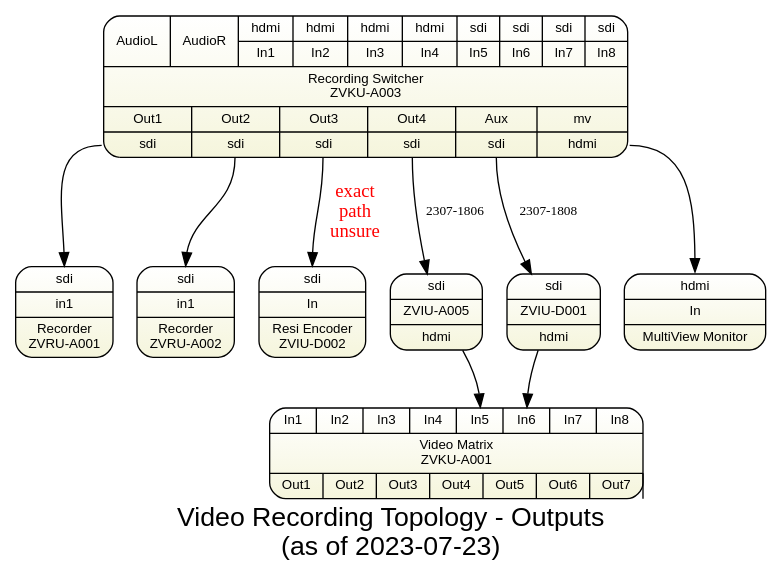
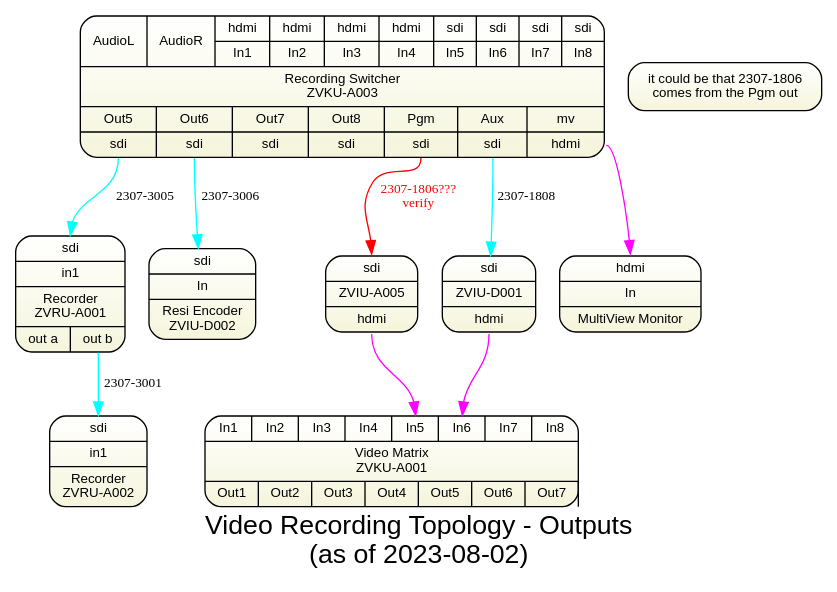
The diagram in sdv-topology5-rec-outputs.gv (avmaint/uactechdoc), drawn with Graphviz before and after one commit. The commit also changed 3 other files, not shown here.

```diff
--- a/sdv-topology5-rec-outputs.gv
+++ b/sdv-topology5-rec-outputs.gv
@@ -1,76 +1,93 @@
 digraph recording { 
-  
+	
 graph [overlap = true, fontsize = 20, 
-      label="Video Recording Topology - Outputs\n(as of 2023-07-23)",
+      label="Video Recording Topology - Outputs\n(as of 2023-08-02)",
       fontname = Helvetica, bgcolor=white
       ]
  
 node [shape = Mrecord style=filled , fillcolor="white:beige"  , fontsize = 10,
       gradientangle=270 fontname = Helvetica ]
       
- 
-zviud001 [label="{sdi|ZVIU-D001|hdmi}" tooltip="BMD mini"]
-zviua005 [label="{sdi|ZVIU-A005|hdmi}" tooltip="BMD mini"]
+zviud001 [label="{<sdi>sdi|ZVIU-D001|<hdmi>hdmi}" tooltip="BMD mini"]
+
+zviua005 [label="{<sdi>sdi|ZVIU-A005|<hdmi>hdmi}" tooltip="BMD mini"]
 
 rswitch [
   tooltip="BMD ATEM Television Studio Pro HD"
 
   label="{
     {{<al>AudioL}|{<ar>AudioR}|
       {<i1>hdmi|In1}|{<i2>hdmi|In2}|{<i3>hdmi|In3}|{<i4>hdmi|In4}
       |{<i5>sdi|In5}|{<i6>sdi|In6}|{<i7>sdi|In7}|{<i8>sdi|In8}}
-      |Recording Switcher\nZVKU-A003|
-      {{Out1|<o1>sdi}|{Out2|<o2>sdi}|{Out3|<o3>sdi}|{Out4|<o4>sdi}|{Aux|<aux>sdi}|{mv|<mv>hdmi}}
+      |Recording Switcher\nZVKU-A003
+      |
+      {{Out5|<o5>sdi}
+      |{Out6|<o6>sdi}
+      |{Out7|<o7>sdi}
+      |{Out8|<o8>sdi}
+      |{Pgm|<pgm>sdi}
+      |{Aux|<aux>sdi}
+      |{mv|<mv>hdmi}}
     }"
 ]
 
 pswitch [
   tooltip="Kramer VS-88DT"
   label="{
   {
     <i1>In1|<i2>In2|<i3>In3|<i4>In4|<i5>In5| <i6> In6 |<i7>In7|{<i8>In8}}
   |Video Matrix\nZVKU-A001|
   {<o1>Out1|<o2>Out2|<o3>Out3|<o4>Out4|<o5>Out5|<o6>Out6 |<o7>Out7|{Out8<o8>}} }"]
    
 switchmonitor [label="{
     <i>hdmi|In
       |MultiView Monitor 
    }"
    tooltip="Samsung"
    ]
 
-recorder1 [
+zvrua001 [
   label="{
     <i1>sdi|in1
     |Recorder\nZVRU-A001 
+    |{<outa>out a
+    |<outb>out b}
     }"
   tooltip="BMD Hyperdeck Studio Mini"
 ]
 
-recorder2 [
+zvrua002 [
   label="{
     <i1>sdi|in1
     |Recorder\nZVRU-A002 
     }"
   tooltip="BMD Hyperdeck Studio Mini"
 ]
 
 zviud002 [label="{
     <i>sdi|In
       |Resi Encoder\nZVIU-D002 
    }"
-   tooltip="Samsung"
+   tooltip="in rack"
    ]
+   
+ note [label="it could be that 2307-1806\ncomes from the Pgm out"]  
 
-rswitch:o1 -> recorder1:i1 
-rswitch:o2 -> recorder2:i1 
-rswitch:o3 -> zviud002:i [label="exact\npath\nunsure" fontcolor="red"]
-rswitch:o4 -> zviua005 [label="2307-1806" fontsize=10]
-zviud001   -> pswitch:i6
+subgraph sdi_edges {
+	edge  [fontsize=10, color="cyan"]
+rswitch:o5 -> zvrua001:i1  [label="2307-3005"]
+rswitch:o6 -> zviud002:sdi [label="2307-3006"]
+zvrua001:outb -> zvrua002:i1 [label="2307-3001" ]	rswitch:aux   -> zviud001 [label="2307-1808" ]
+
+rswitch:pgm -> zviua005:sdi [label="2307-1806???\nverify" color=red fontcolor="red" ]
+  
+}
+
+subgraph hdmi_edges {
+	edge  [fontsize=10, color="magenta"]
+zviua005:hdmi -> pswitch:i5
+zviud001:hdmi -> pswitch:i6
 rswitch:mv -> switchmonitor:i
-
-rswitch:aux -> zviud001 [label="2307-1808" fontsize=10]
-zviua005 -> pswitch:i5
-
-
+	
+}
 } 
```
